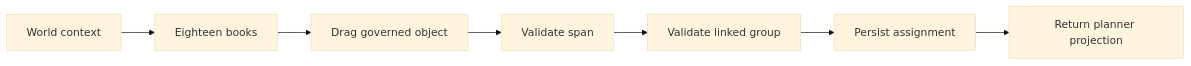
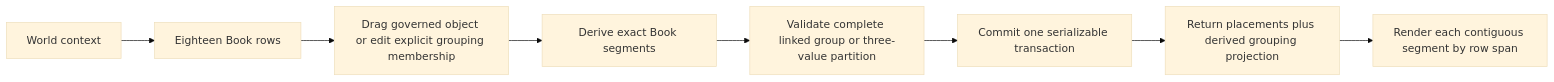
One commit to bkalaf/echoes-of-eidolon changed the diagram in docs/architecture/mermaid/process/p29-campaign-planner-persistence.mmd. Above: the diagram before and after it, drawn with Mermaid (base theme). The commit also changed 28 other files, not shown here.

```diff
--- a/docs/architecture/mermaid/process/p29-campaign-planner-persistence.mmd
+++ b/docs/architecture/mermaid/process/p29-campaign-planner-persistence.mmd
@@ -1,15 +1,17 @@
 %% Campaign planner persistence
 flowchart LR
   Worldcontext0["World context"]
-  Eighteenbooks1["Eighteen books"]
-  Draggovernedobject2["Drag governed object"]
-  Validatespan3["Validate span"]
-  Validatelinkedgrou4["Validate linked group"]
-  Persistassignment5["Persist assignment"]
-  Returnplannerproje6["Return planner projection"]
-  Worldcontext0 --> Eighteenbooks1
-  Eighteenbooks1 --> Draggovernedobject2
-  Draggovernedobject2 --> Validatespan3
-  Validatespan3 --> Validatelinkedgrou4
-  Validatelinkedgrou4 --> Persistassignment5
-  Persistassignment5 --> Returnplannerproje6
+  EighteenBookrows1["Eighteen Book rows"]
+  Draggovernedobject2["Drag governed object or edit explicit grouping membership"]
+  DeriveexactBookseg3["Derive exact Book segments"]
+  Validatecompleteli4["Validate complete linked group or three-value partition"]
+  Commitoneserializa5["Commit one serializable transaction"]
+  Returnplacementspl6["Return placements plus derived grouping projection"]
+  Rendereachcontiguo7["Render each contiguous segment by row span"]
+  Worldcontext0 --> EighteenBookrows1
+  EighteenBookrows1 --> Draggovernedobject2
+  Draggovernedobject2 --> DeriveexactBookseg3
+  DeriveexactBookseg3 --> Validatecompleteli4
+  Validatecompleteli4 --> Commitoneserializa5
+  Commitoneserializa5 --> Returnplacementspl6
+  Returnplacementspl6 --> Rendereachcontiguo7
```
